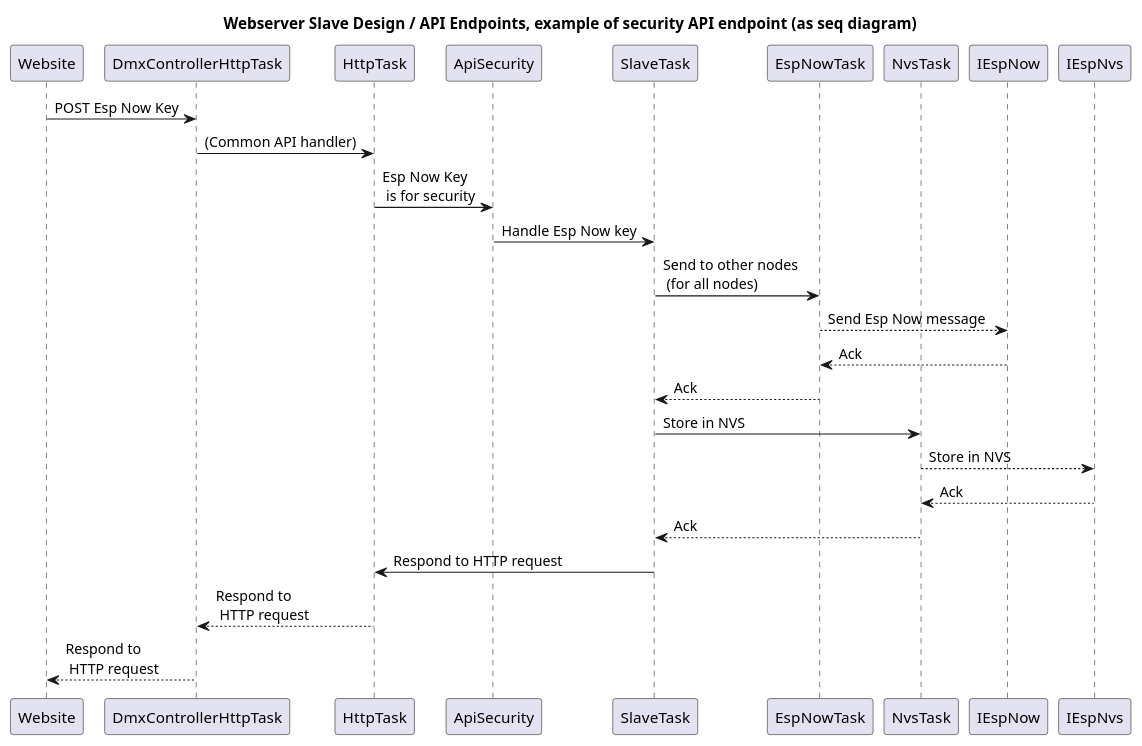
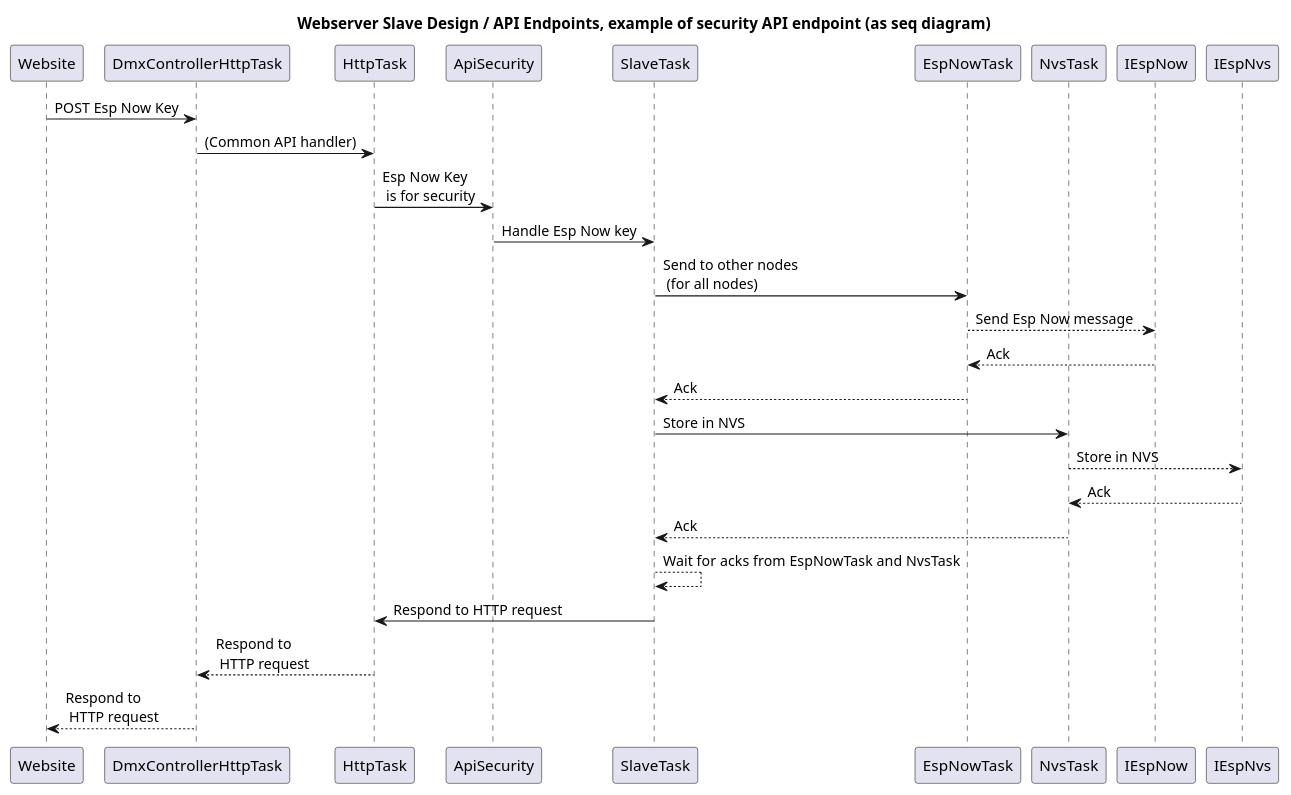
Before and after one commit to michelkeijzers/Esp32Framework: the third of 5 diagrams in docs/requirements_and_dds/slaves/webserver_slave.puml, drawn with PlantUML. The commit also changed other lines of this file and 59 other files, not shown here.

```diff
--- a/docs/requirements_and_dds/slaves/webserver_slave.puml
+++ b/docs/requirements_and_dds/slaves/webserver_slave.puml
@@ -159,29 +159,30 @@
 @startuml 
 
 title Webserver Slave Design / API Endpoints, example of security API endpoint (as seq diagram)
 
 participant Website
 participant DmxControllerHttpTask
 participant HttpTask
 participant ApiSecurity
 participant SlaveTask
 participant EspNowTask
 participant NvsTask
 
-Website -> DmxControllerHttpTask : POST Esp Now Key
+Website ->  DmxControllerHttpTask : POST Esp Now Key
 DmxControllerHttpTask -> HttpTask : (Common API handler)
 HttpTask -> ApiSecurity : Esp Now Key \n is for security
 ApiSecurity -> SlaveTask : Handle Esp Now key
 SlaveTask -> EspNowTask : Send to other nodes \n (for all nodes)
 EspNowTask --> IEspNow : Send Esp Now message
 IEspNow --> EspNowTask : Ack
 EspNowTask --> SlaveTask: Ack
 SlaveTask -> NvsTask : Store in NVS
 NvsTask --> IEspNvs: Store in NVS
 IEspNvs --> NvsTask: Ack
 NvsTask --> SlaveTask : Ack
+SlaveTask --> SlaveTask : Wait for acks from EspNowTask and NvsTask
 SlaveTask -> HttpTask : Respond to HTTP request
 HttpTask --> DmxControllerHttpTask : Respond to \n HTTP request
 DmxControllerHttpTask --> Website : Respond to \n HTTP request
 
 @enduml 
```
